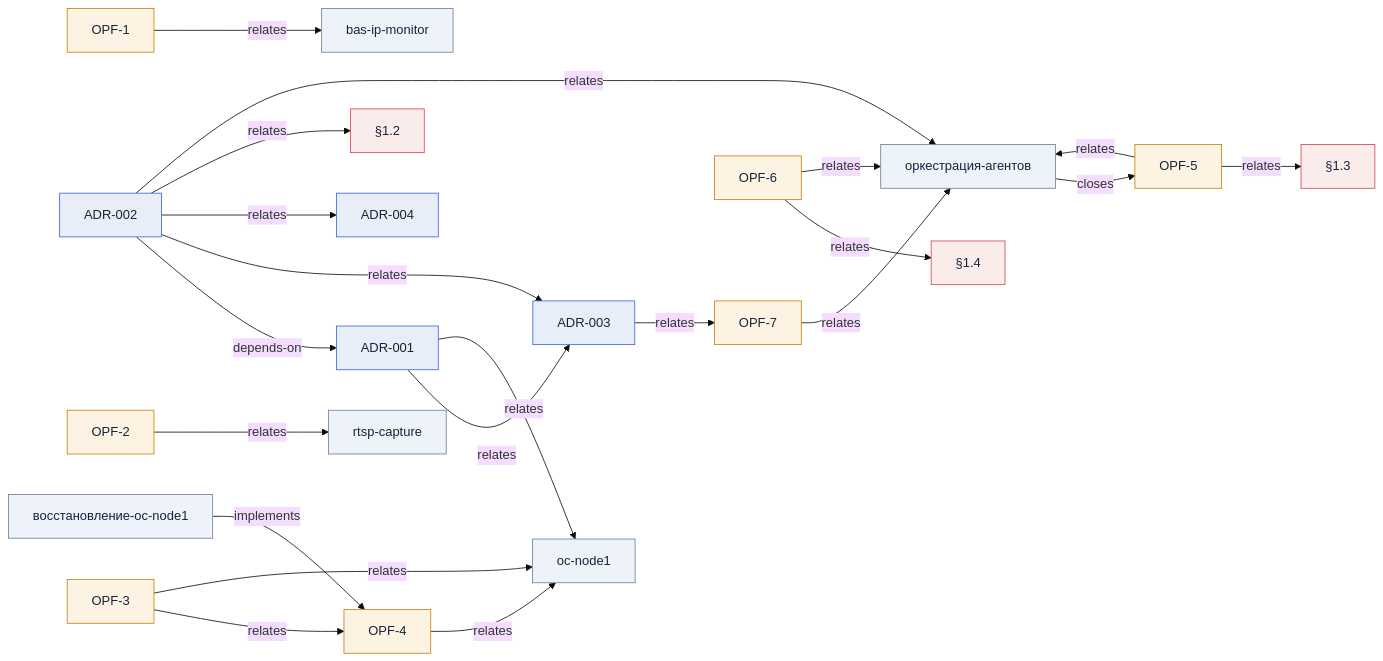
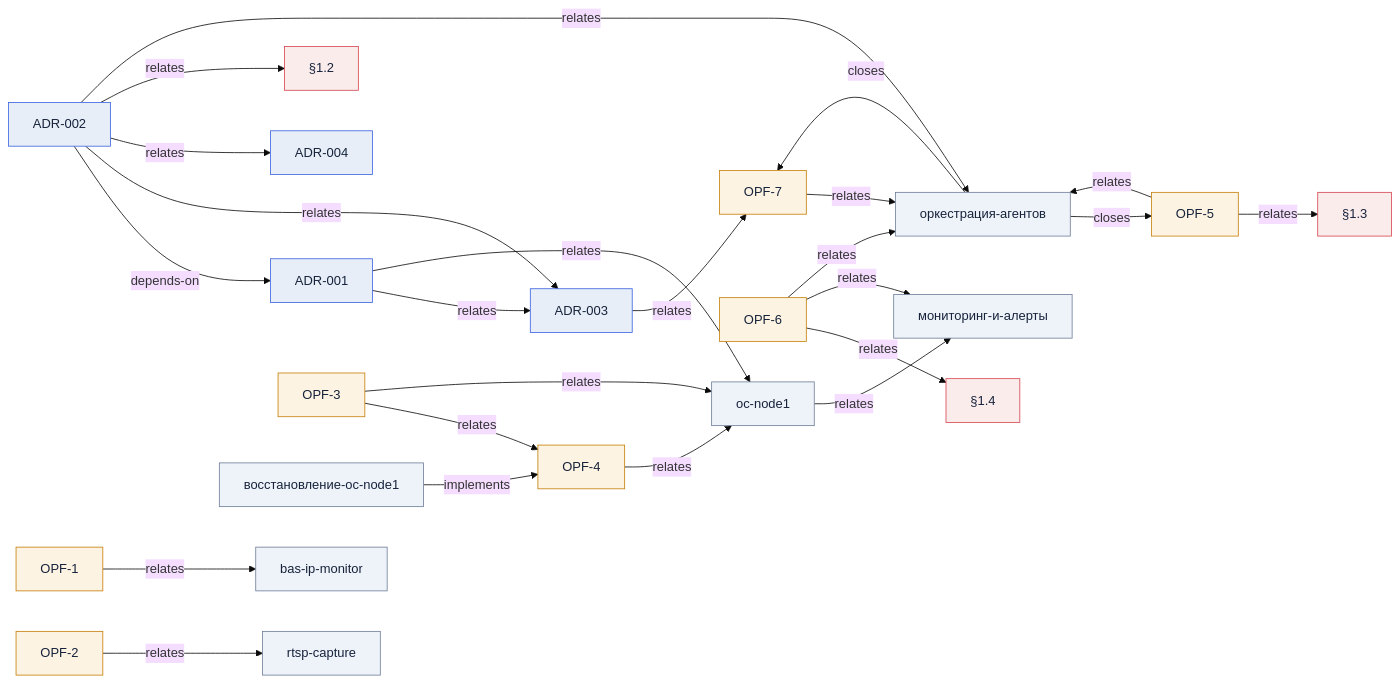
The diagram in docs/Граф-знаний.md (ikrajushkin/OpenClawAgentFarm), drawn with Mermaid (base theme) before and after one commit. The commit also changed other lines of this file and 11 other files, not shown here.

````diff
--- a/docs/Граф-знаний.md
+++ b/docs/Граф-знаний.md
@@ -6,48 +6,52 @@
 ```mermaid
 graph LR
   n0["ADR-001"]:::adr
   n1["ADR-003"]:::adr
   n2["oc-node1"]:::concept
   n3["ADR-002"]:::adr
   n4["ADR-004"]:::adr
   n5["§1.2"]:::incident
   n6["оркестрация-агентов"]:::concept
   n7["OPF-7"]:::debt
   n8["OPF-1"]:::debt
   n9["bas-ip-monitor"]:::concept
   n10["OPF-2"]:::debt
   n11["rtsp-capture"]:::concept
   n12["OPF-3"]:::debt
   n13["OPF-4"]:::debt
   n14["OPF-5"]:::debt
   n15["§1.3"]:::incident
   n16["OPF-6"]:::debt
   n17["§1.4"]:::incident
-  n18["восстановление-oc-node1"]:::concept
+  n18["мониторинг-и-алерты"]:::concept
+  n19["восстановление-oc-node1"]:::concept
   n0 -->|relates| n1
   n0 -->|relates| n2
   n3 -->|depends-on| n0
   n3 -->|relates| n1
   n3 -->|relates| n4
   n3 -->|relates| n5
   n3 -->|relates| n6
   n1 -->|relates| n7
   n8 -->|relates| n9
   n10 -->|relates| n11
   n12 -->|relates| n13
   n12 -->|relates| n2
   n13 -->|relates| n2
   n14 -->|relates| n15
   n14 -->|relates| n6
   n16 -->|relates| n17
+  n16 -->|relates| n18
   n16 -->|relates| n6
   n7 -->|relates| n6
-  n18 -->|implements| n13
+  n2 -->|relates| n18
+  n19 -->|implements| n13
   n6 -->|closes| n14
+  n6 -->|closes| n7
   classDef adr fill:#E7EEF7,stroke:#3A63E0,color:#16233B;
   classDef incident fill:#FBECEC,stroke:#D64550,color:#16233B;
   classDef debt fill:#FCF3E2,stroke:#C77F0A,color:#16233B;
   classDef sprint fill:#E4F5EC,stroke:#078A5A,color:#16233B;
   classDef req fill:#EDE7F7,stroke:#6A4FCF,color:#16233B;
   classDef concept fill:#EEF2F9,stroke:#6E7E98,color:#16233B;
 ```
````
